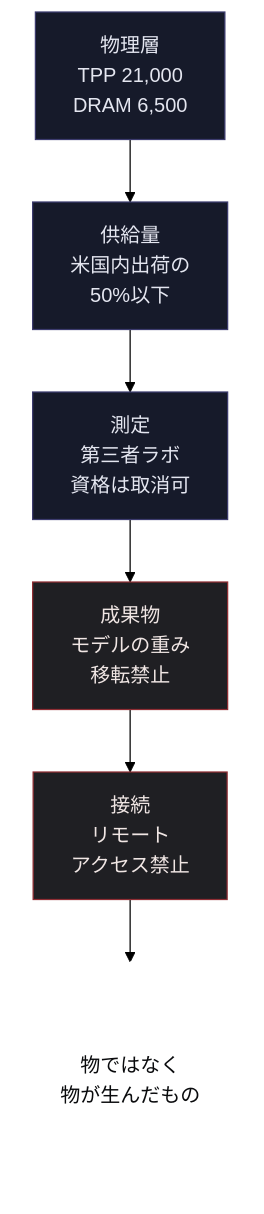
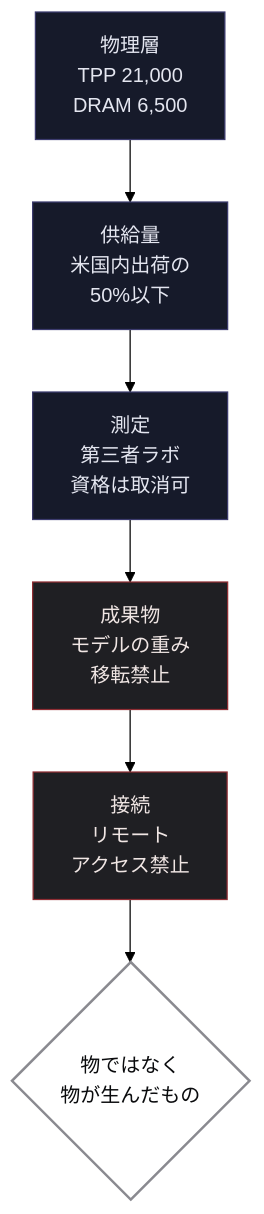
One commit to Leading-AI-IO/us-china-ai-competition changed the third of 6 diagrams in docs/jp/us-china-ai-competition_JP.md. Above: the diagram before and after it, drawn with Mermaid (forest theme). The commit also changed other lines of this file, not shown here.

````diff
--- a/docs/jp/us-china-ai-competition_JP.md
+++ b/docs/jp/us-china-ai-competition_JP.md
@@ -508,15 +508,15 @@
 ```mermaid
 graph TD
     A["物理層<br/>TPP 21,000<br/>DRAM 6,500"] --> B["供給量<br/>米国内出荷の<br/>50%以下"]
     B --> C["測定<br/>第三者ラボ<br/>資格は取消可"]
     C --> D["成果物<br/>モデルの重み<br/>移転禁止"]
     D --> E["接続<br/>リモート<br/>アクセス禁止"]
     E --> F{"物ではなく<br/>物が生んだもの"}
 
     style A fill:#161A2A,stroke:#3C3B6E,color:#E4E6F0
     style B fill:#161A2A,stroke:#3C3B6E,color:#E4E6F0
     style C fill:#161A2A,stroke:#3C3B6E,color:#E4E6F0
     style D fill:#1F1F23,stroke:#8F2D33,color:#F0E6E4
     style E fill:#1F1F23,stroke:#8F2D33,color:#F0E6E4
-    style F fill:#FFFFFF,stroke:#FFFFFF,color:#0A0B0D
+    style F fill:#FFFFFF,stroke:#8A8A90,stroke-width:2px,color:#0A0B0D
 ```
````
